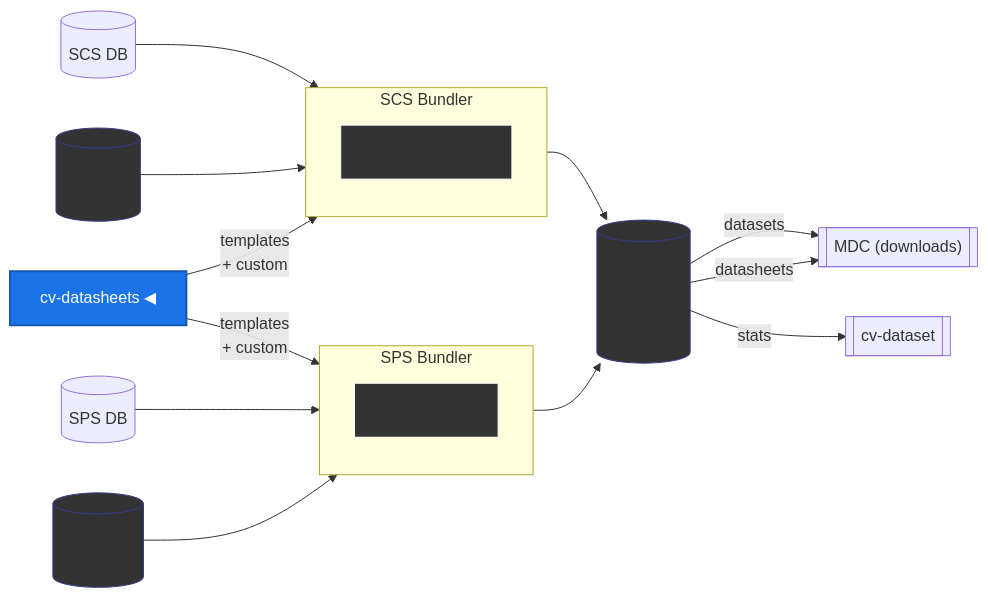
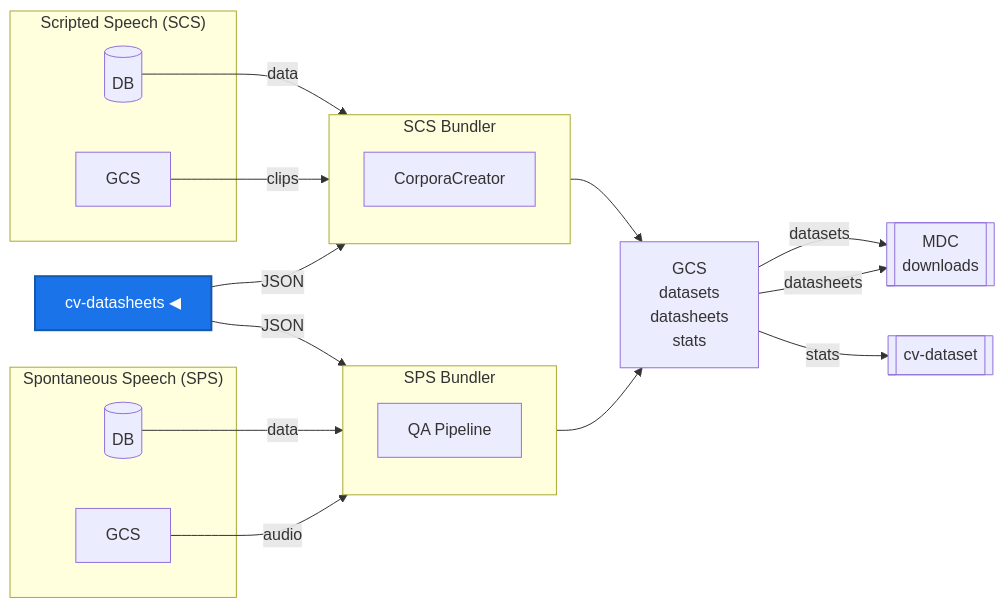
The diagram in README.md (common-voice/cv-datasheets), drawn with Mermaid before and after one commit.

Commit message:
Update data pipeline graph

````diff
--- a/README.md
+++ b/README.md
@@ -7,45 +7,44 @@
 ```mermaid
 flowchart LR
-    SCS_DB[("SCS DB")]
-    SPS_DB[("SPS DB")]
-    GCS_C[("GCS
-    SCS clips")]
-    DS["cv-datasheets ◀"]
-    GCS_A[("GCS
-    SPS audio")]
-    GCS_DS[("GCS
-    datasets
-    datasheets
-    stats")]
-    MDC[["MDC (downloads)"]]
-    CDS[["cv-dataset"]]
 
-    subgraph SCS_B["SCS Bundler"]
+    subgraph SCS["Scripted Speech (SCS)"]
+        SCS_DB[("DB")]
+        SCS_GCS["GCS"]
+    end
+    subgraph SCS_BUN["SCS Bundler"]
         CC["CorporaCreator"]
     end
 
-    subgraph SPS_B["SPS Bundler"]
+    DSH["cv-datasheets ◀"]
+
+    subgraph SPS["Spontaneous Speech (SPS)"]
+        SPS_DB[("DB")]
+        SPS_GCS["GCS"]
+    end
+    subgraph SPS_BUN["SPS Bundler"]
         QA["QA Pipeline"]
     end
 
-    SCS_DB --> SCS_B
-    GCS_C --> SCS_B
-    DS -->|templates
-    + custom| SCS_B
-    DS -->|templates
-    + custom| SPS_B
-    SPS_DB --> SPS_B
-    GCS_A --> SPS_B
-    SCS_B --> GCS_DS
-    SPS_B --> GCS_DS
-    GCS_DS -->|datasets| MDC
-    GCS_DS -->|datasheets| MDC
-    GCS_DS -->|stats| CDS
+    BUN_GCS["GCS
+    datasets
+    datasheets
+    stats"]
 
-    style DS fill:#1a73e8,color:#ffffff,stroke:#1558b0,stroke-width:2px
-    style GCS_C fill:#333,stroke:#383c8e
-    style GCS_A fill:#333,stroke:#383c8e
-    style GCS_DS fill:#333,stroke:#383c8e
-    style CC fill:#333,stroke:#fefefe,stroke-width:1px
-    style QA fill:#333,stroke:#fefefe,stroke-width:1px
+    MDC[["MDC
+    downloads"]]
+    CDS[["cv-dataset"]]
+
+    SCS_DB -->|data| SCS_BUN
+    SCS_GCS -->|clips| SCS_BUN
+    DSH -->|JSON| SCS_BUN
+    DSH -->|JSON| SPS_BUN
+    SPS_DB -->|data| SPS_BUN
+    SPS_GCS -->|audio| SPS_BUN
+    SCS_BUN --> BUN_GCS
+    SPS_BUN --> BUN_GCS
+    BUN_GCS -->|datasets| MDC
+    BUN_GCS -->|datasheets| MDC
+    BUN_GCS -->|stats| CDS
+
+    style DSH fill:#1a73e8,color:#ffffff,stroke:#1558b0,stroke-width:2px
 ```
````
